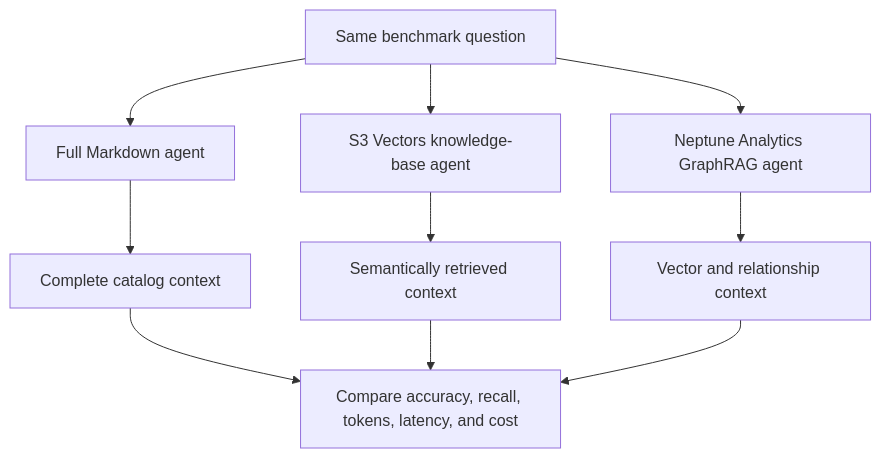
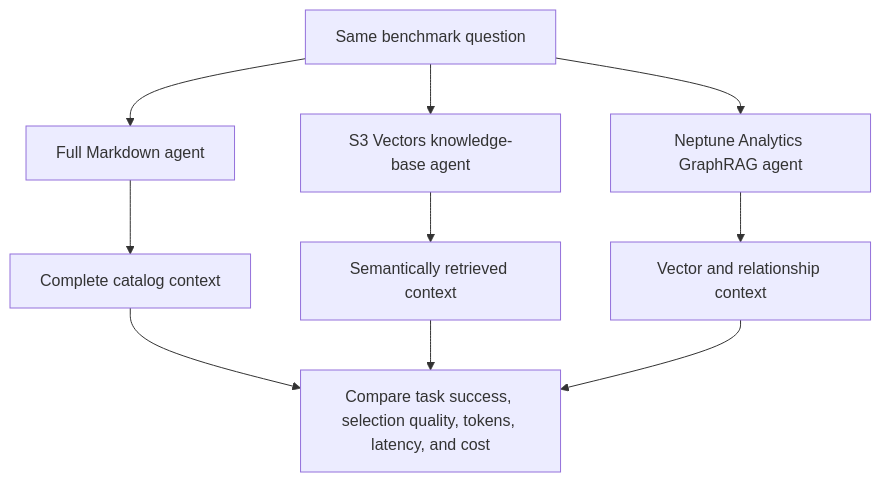
Before and after one commit to AlejandroMorgante/semantic-layer-with-s3-vectors: the first of 2 diagrams in README.md, drawn with Mermaid. The commit also changed other lines of this file and 13 other files, not shown here.

````diff
--- a/README.md
+++ b/README.md
@@ -24,15 +22,15 @@
 ```mermaid
 flowchart TB
     Q[Same benchmark question]
     Q --> M[Full Markdown agent]
     Q --> V[S3 Vectors knowledge-base agent]
     Q --> G[Neptune Analytics GraphRAG agent]
 
     M --> MC[Complete catalog context]
     V --> VC[Semantically retrieved context]
     G --> GC[Vector and relationship context]
 
-    MC --> E[Compare accuracy, recall, tokens, latency, and cost]
+    MC --> E[Compare task success, selection quality, tokens, latency, and cost]
     VC --> E
     GC --> E
 ```
````
